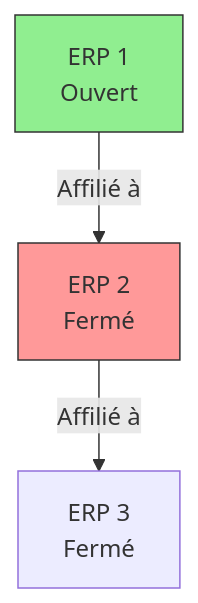
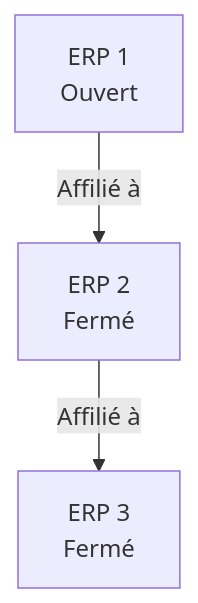
The fifth of 5 diagrams in doc/doc_fonc_bd_erp.md (sigagglocompiegne/erp), drawn with Mermaid before and after one commit.

````diff
--- a/doc/doc_fonc_bd_erp.md
+++ b/doc/doc_fonc_bd_erp.md
@@ -119,8 +119,5 @@
 ```mermaid
 graph TD
     ERP1[ERP 1<br>Ouvert]:::ouvert -->|Affilié à| ERP2[ERP 2<br>Fermé]:::ferme
     ERP2 -->|Affilié à| ERP3[ERP 3<br>Fermé]
-
-classDef ouvert fill:#90EE90,stroke:#333
-classDef ferme fill:#FF9999,stroke:#333
 ```
````
